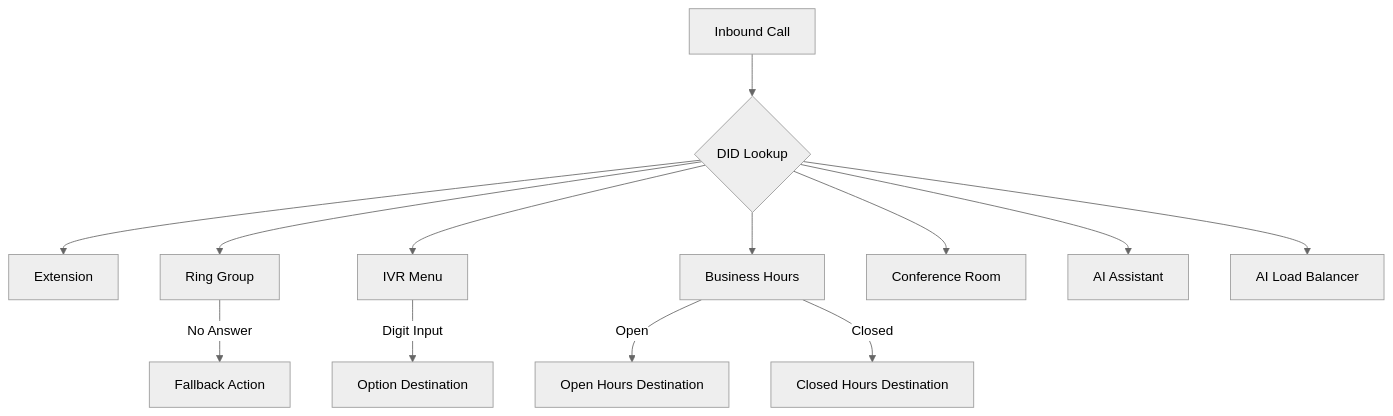
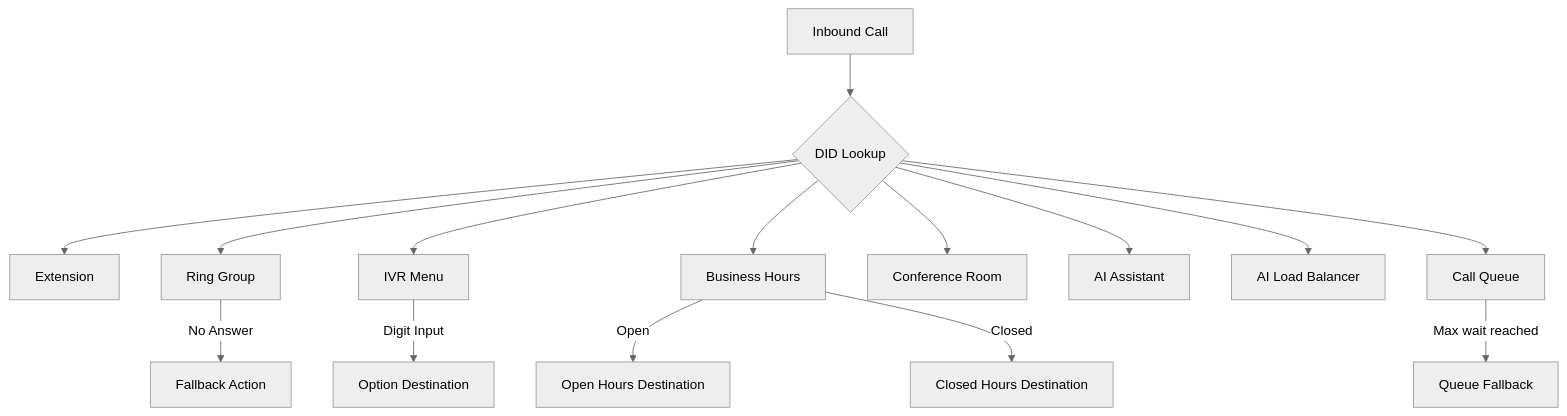
One commit to greenfieldtech-nirs/opbx changed the diagram in docs/opbx-userguide/installation/concepts.mdx. Above: the diagram before and after it, drawn with Mermaid (neutral theme). The commit also changed other lines of this file and 6 other files, not shown here.

````diff
--- a/docs/opbx-userguide/installation/concepts.mdx
+++ b/docs/opbx-userguide/installation/concepts.mdx
@@ -184,15 +201,17 @@
 ```mermaid
 flowchart TD
     A[Inbound Call] --> B{DID Lookup}
     B --> C[Extension]
     B --> D[Ring Group]
     B --> E[IVR Menu]
     B --> F[Business Hours]
     B --> G[Conference Room]
     B --> H[AI Assistant]
     B --> I[AI Load Balancer]
+    B --> Q[Call Queue]
+    Q --> |Max wait reached| N[Queue Fallback]
     F --> |Open| J[Open Hours Destination]
     F --> |Closed| K[Closed Hours Destination]
     E --> |Digit Input| L[Option Destination]
     D --> |No Answer| M[Fallback Action]
 ```
````
